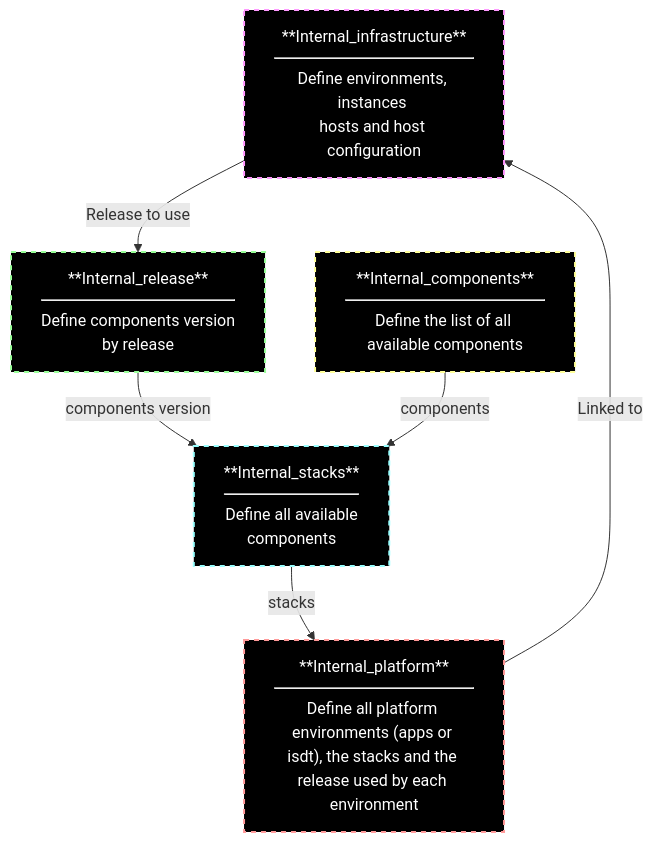
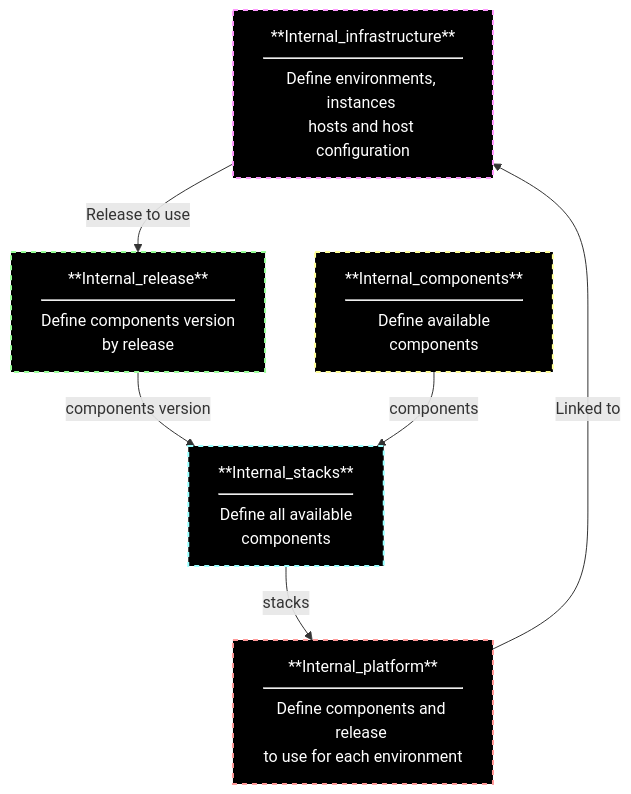
Before and after one commit to SavaiRavikiran/Monitoring_With_Prometheus-Grafana: the fourth of 27 diagrams in Markdown1.md, drawn with Mermaid.

````diff
--- a/Markdown1.md
+++ b/Markdown1.md
@@ -44,14 +44,14 @@
 ```mermaid
 graph TD
   style A fill:#000,stroke:#f9f,stroke-width:2px,stroke-dasharray: 5, 5,color:#fff
   style B fill:#000,stroke:#9f9,stroke-width:2px,stroke-dasharray: 5, 5,color:#fff
   style C fill:#000,stroke:#ff9,stroke-width:2px,stroke-dasharray: 5, 5,color:#fff
   style D fill:#000,stroke:#9ff,stroke-width:2px,stroke-dasharray: 5, 5,color:#fff
   style E fill:#000,stroke:#f99,stroke-width:2px,stroke-dasharray: 5, 5,color:#fff
   
   A["**Internal_infrastructure**<br/><hr style='margin-top: 8px; margin-bottom: 8px;'/>Define environments, instances <br/>hosts and host configuration"] -->|Release to use| B["**Internal_release**<br/><hr style='margin-top: 8px; margin-bottom: 8px;'/>Define components version <br/>by release"]
   B -->|components version | D["**Internal_stacks**<br/><hr style='margin-top: 8px; margin-bottom: 8px;'/>Define all available <br/>components"]
-  D -->|stacks | E["**Internal_platform**<br/><hr style='margin-top: 8px; margin-bottom: 8px;'/>Define all platform environments (apps or isdt), the stacks and the release used by each environment"]
+  D -->|stacks | E["**Internal_platform**<br/><hr style='margin-top: 8px; margin-bottom: 8px;'/>Define components and release <br/>to use for each environment"]
   E -->|Linked to| A
-  C["**Internal_components**<br/><hr style='margin-top: 8px; margin-bottom: 8px;'/>Define the list of all available components"] -->|components| D
+  C["**Internal_components**<br/><hr style='margin-top: 8px; margin-bottom: 8px;'/>Define available<br/> components"] -->|components| D
 ```
````
